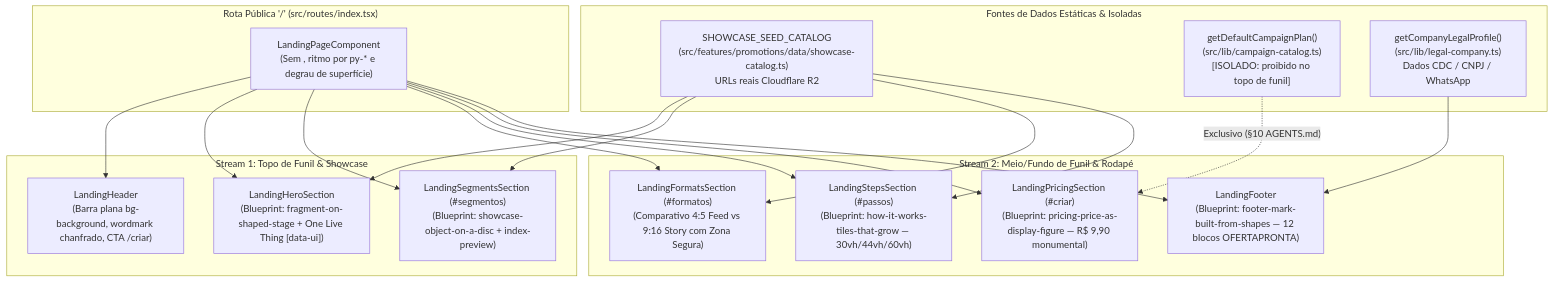
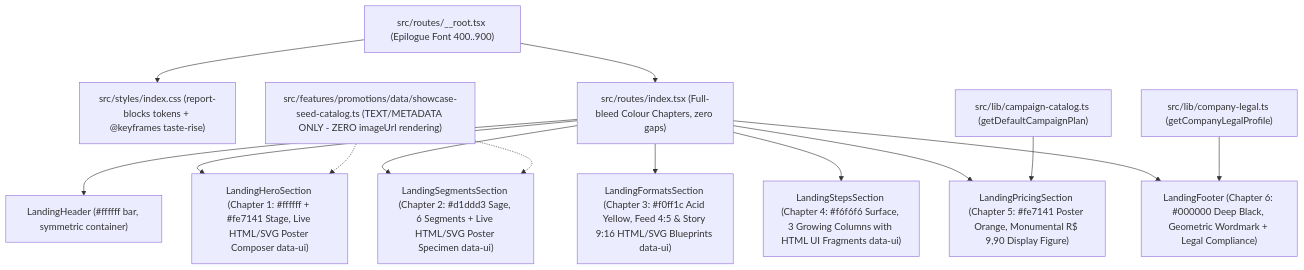
Before and after one commit to luis-henrique-carvalho/OfertaPronta: the diagram in docs/plans/landing-page-taste-redesign.md, drawn with Mermaid. The commit also changed other lines of this file and 13 other files, not shown here.

Commit message:
feat(landing): redesign landing page with colour-chapters and zero card images

````diff
--- a/docs/plans/landing-page-taste-redesign.md
+++ b/docs/plans/landing-page-taste-redesign.md
@@ -16,41 +34,17 @@
 ```mermaid
-flowchart TD
-    subgraph Route["Rota Pública '/' (src/routes/index.tsx)"]
-        Index["LandingPageComponent\n(Sem <Separator />, ritmo por py-* e degrau de superfície)"]
-    end
+graph TD
+  Root["src/routes/__root.tsx (Epilogue Font 400..900)"] --> IndexCSS["src/styles/index.css (report-blocks tokens + @keyframes taste-rise)"]
+  Root --> RouteIndex["src/routes/index.tsx (Full-bleed Colour Chapters, zero gaps)"]
+  RouteIndex --> Header["LandingHeader (#ffffff bar, symmetric container)"]
+  RouteIndex --> Hero["LandingHeroSection (Chapter 1: #ffffff + #fe7141 Stage, Live HTML/SVG Poster Composer data-ui)"]
+  RouteIndex --> Segments["LandingSegmentsSection (Chapter 2: #d1ddd3 Sage, 6 Segments + Live HTML/SVG Poster Specimen data-ui)"]
+  RouteIndex --> Formats["LandingFormatsSection (Chapter 3: #f0ff1c Acid Yellow, Feed 4:5 & Story 9:16 HTML/SVG Blueprints data-ui)"]
+  RouteIndex --> Steps["LandingStepsSection (Chapter 4: #f6f6f6 Surface, 3 Growing Columns with HTML UI Fragments data-ui)"]
+  RouteIndex --> Pricing["LandingPricingSection (Chapter 5: #fe7141 Poster Orange, Monumental R$ 9,90 Display Figure)"]
+  RouteIndex --> Footer["LandingFooter (Chapter 6: #000000 Deep Black, Geometric Wordmark + Legal Compliance)"]
 
-    subgraph Stream1["Stream 1: Topo de Funil & Showcase"]
-        Header["LandingHeader\n(Barra plana bg-background, wordmark chanfrado, CTA /criar)"]
-        Hero["LandingHeroSection\n(Blueprint: fragment-on-shaped-stage + One Live Thing [data-ui])"]
-        Segments["LandingSegmentsSection (#segmentos)\n(Blueprint: showcase-object-on-a-disc + index-preview)"]
-    end
-
-    subgraph Stream2["Stream 2: Meio/Fundo de Funil & Rodapé"]
-        Formats["LandingFormatsSection (#formatos)\n(Comparativo 4:5 Feed vs 9:16 Story com Zona Segura)"]
-        Steps["LandingStepsSection (#passos)\n(Blueprint: how-it-works-tiles-that-grow — 30vh/44vh/60vh)"]
-        Pricing["LandingPricingSection (#criar)\n(Blueprint: pricing-price-as-display-figure — R$ 9,90 monumental)"]
-        Footer["LandingFooter\n(Blueprint: footer-mark-built-from-shapes — 12 blocos OFERTAPRONTA)"]
-    end
-
-    subgraph DataSources["Fontes de Dados Estáticas & Isoladas"]
-        ShowcaseCatalog["SHOWCASE_SEED_CATALOG\n(src/features/promotions/data/showcase-catalog.ts)\nURLs reais Cloudflare R2"]
-        CampaignCatalog["getDefaultCampaignPlan()\n(src/lib/campaign-catalog.ts)\n[ISOLADO: proibido no topo de funil]"]
-        LegalProfile["getCompanyLegalProfile()\n(src/lib/legal-company.ts)\nDados CDC / CNPJ / WhatsApp"]
-    end
-
-    Index --> Header
-    Index --> Hero
-    Index --> Segments
-    Index --> Formats
-    Index --> Steps
-    Index --> Pricing
-    Index --> Footer
-
-    ShowcaseCatalog --> Hero
-    ShowcaseCatalog --> Segments
-    ShowcaseCatalog --> Formats
-    ShowcaseCatalog --> Steps
-
-    CampaignCatalog -. "Exclusivo (§10 AGENTS.md)" .-> Pricing
-    LegalProfile --> Footer
+  Catalog["src/features/promotions/data/showcase-seed-catalog.ts (TEXT/METADATA ONLY - ZERO imageUrl rendering)"] -.-> Hero
+  Catalog -.-> Segments
+  PlanCatalog["src/lib/campaign-catalog.ts (getDefaultCampaignPlan)"] --> Pricing
+  LegalCatalog["src/lib/company-legal.ts (getCompanyLegalProfile)"] --> Footer
 ```
````
